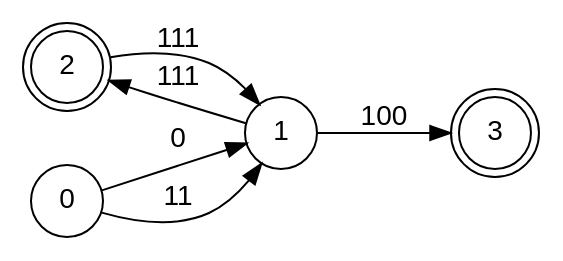
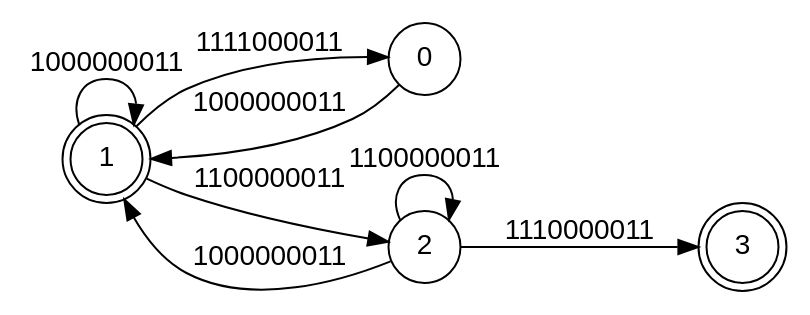
One commit to Lolikion228/NFA changed the diagram in fsm.gv. Above: the diagram before and after it, drawn with Graphviz. The commit also changed 5 other files, not shown here.

```diff
--- a/fsm.gv
+++ b/fsm.gv
@@ -1,13 +1,15 @@
  digraph finite_state_machine {
 	fontname="Helvetica,Arial,sans-serif"
 	node [fontname="Helvetica,Arial,sans-serif"]
 	edge [fontname="Helvetica,Arial,sans-serif"]
 	rankdir=LR;
-	node [shape = doublecircle ]; 2 3;
+	node [shape = doublecircle ]; 1 3;
 	node [shape = circle];
-	0 -> 1 [label =" 0 "]; 
-	0 -> 1 [label =" 11 "]; 
-	1 -> 3 [label =" 100 "]; 
-	1 -> 2 [label =" 111 "]; 
-	2 -> 1 [label =" 111 "]; 
+	0 -> 1 [label =" 1000000011 "]; 
+	1 -> 1 [label =" 1000000011 "]; 
+	1 -> 0 [label =" 1111000011 "]; 
+	1 -> 2 [label =" 1100000011 "]; 
+	2 -> 2 [label =" 1100000011 "]; 
+	2 -> 3 [label =" 1110000011 "]; 
+	2 -> 1 [label =" 1000000011 "]; 
 }   
```
